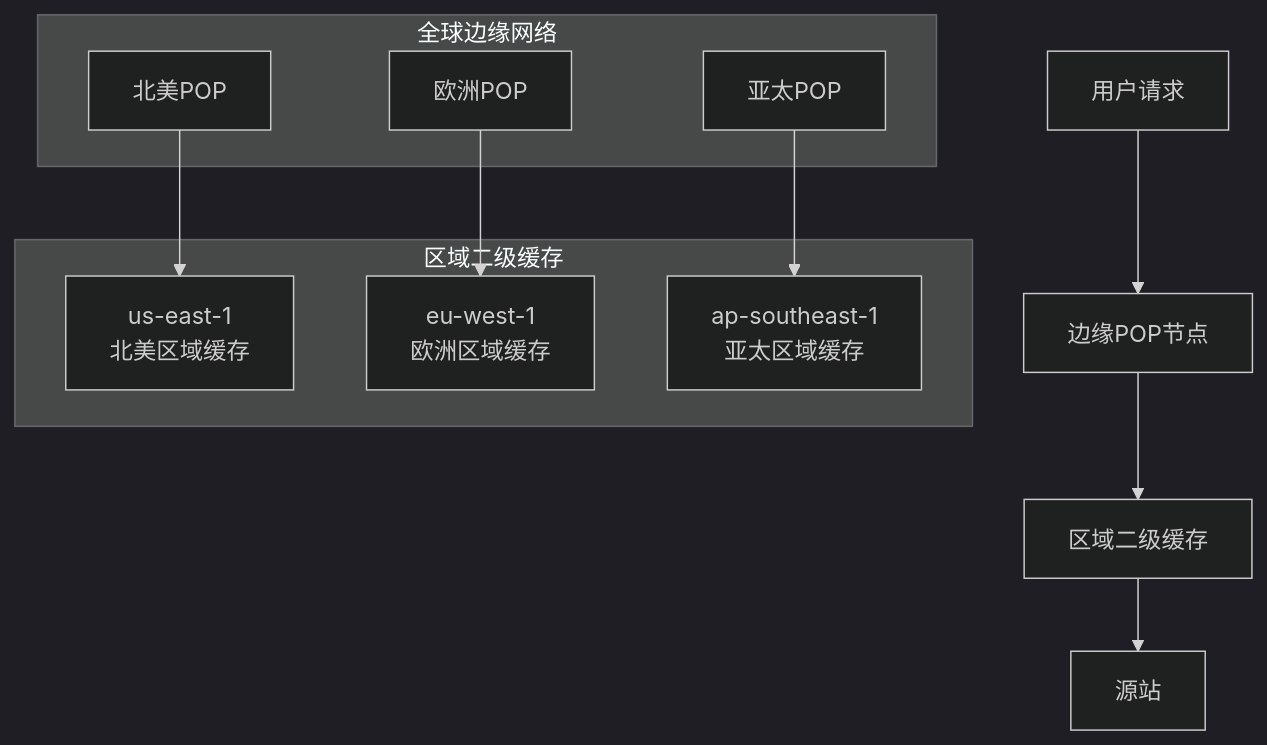
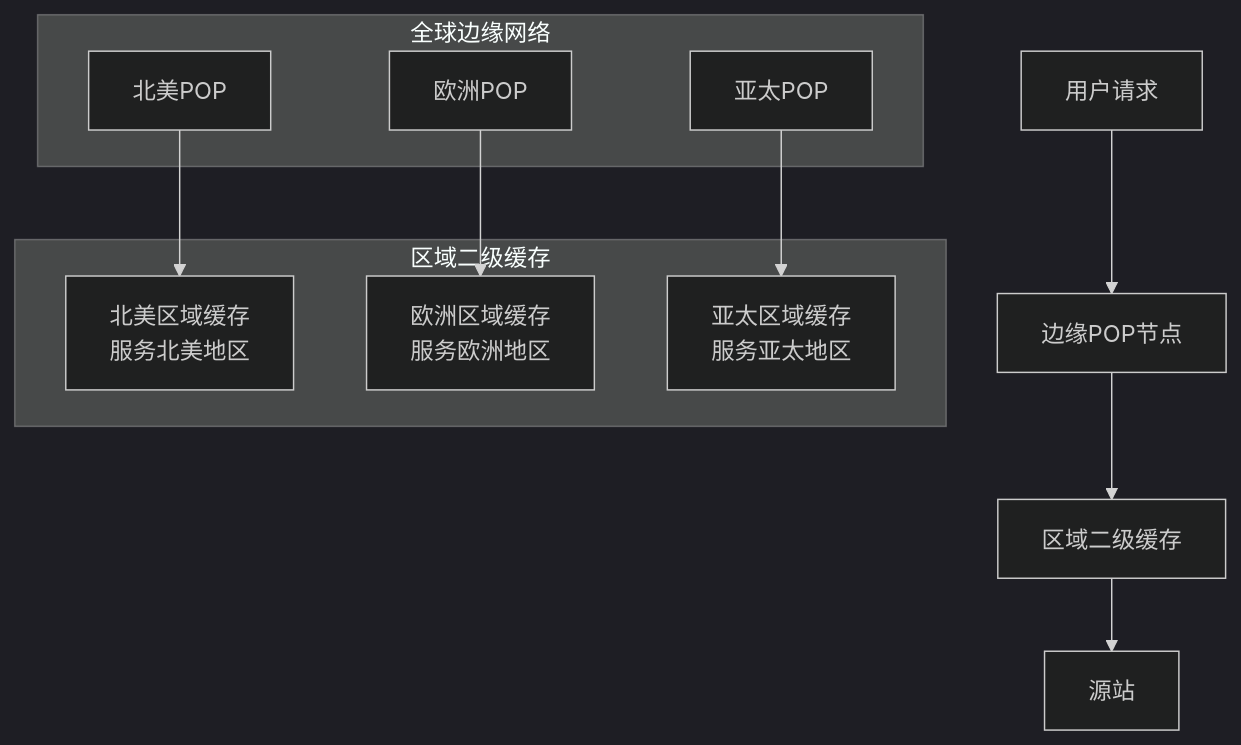
Before and after one commit to ddpie/aws-references: the first of 17 diagrams in CloudFront预热方案详解.md, drawn with Mermaid (dark theme). The commit also changed other lines of this file, not shown here.

````diff
--- a/CloudFront预热方案详解.md
+++ b/CloudFront预热方案详解.md
@@ -13,22 +13,22 @@
 ```mermaid
 graph TB
     User[用户请求] --> Edge[边缘POP节点]
     Edge --> Regional[区域二级缓存]
     Regional --> Origin[源站]
     
     subgraph "全球边缘网络"
         Edge1[北美POP]
         Edge2[欧洲POP] 
         Edge3[亚太POP]
     end
     
     subgraph "区域二级缓存"
-        Regional1[us-east-1<br/>北美区域缓存]
-        Regional2[eu-west-1<br/>欧洲区域缓存]
-        Regional3[ap-southeast-1<br/>亚太区域缓存]
+        Regional1[北美区域缓存<br/>服务北美地区]
+        Regional2[欧洲区域缓存<br/>服务欧洲地区]
+        Regional3[亚太区域缓存<br/>服务亚太地区]
     end
     
     Edge1 --> Regional1
     Edge2 --> Regional2
     Edge3 --> Regional3
 ```
````
